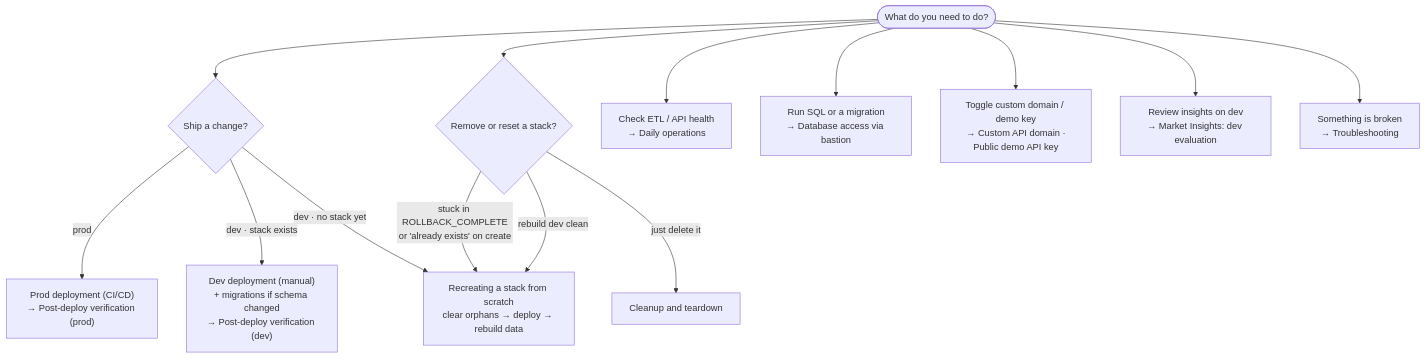
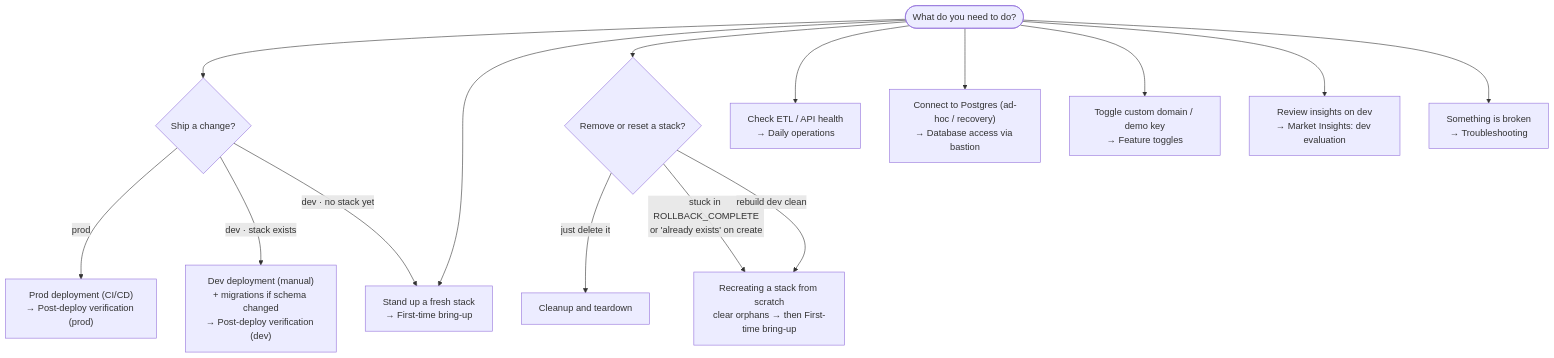
Before and after one commit to RyanYCT/bdo-market-insights: the diagram in docs/runbook.md, drawn with Mermaid. The commit also changed other lines of this file, not shown here.

````diff
--- a/docs/runbook.md
+++ b/docs/runbook.md
@@ -34,22 +36,23 @@
 ```mermaid
 flowchart TD
     q(["What do you need to do?"])
 
     q --> shipping{"Ship a change?"}
+    q --> standup["Stand up a fresh stack<br/>→ First-time bring-up"]
     q --> reset{"Remove or reset a stack?"}
     q --> monitor["Check ETL / API health<br/>→ Daily operations"]
-    q --> dbwork["Run SQL or a migration<br/>→ Database access via bastion"]
-    q --> feature["Toggle custom domain / demo key<br/>→ Custom API domain ·<br/>Public demo API key"]
+    q --> dbwork["Connect to Postgres (ad-hoc / recovery)<br/>→ Database access via bastion"]
+    q --> feature["Toggle custom domain / demo key<br/>→ Feature toggles"]
     q --> reviewi["Review insights on dev<br/>→ Market Insights: dev evaluation"]
     q --> broken["Something is broken<br/>→ Troubleshooting"]
 
     shipping -->|"prod"| pr["Prod deployment (CI/CD)<br/>→ Post-deploy verification (prod)"]
     shipping -->|"dev · stack exists"| dv["Dev deployment (manual)<br/>+ migrations if schema changed<br/>→ Post-deploy verification (dev)"]
-    shipping -->|"dev · no stack yet"| rc
+    shipping -->|"dev · no stack yet"| standup
 
     reset -->|"just delete it"| cl["Cleanup and teardown"]
     reset -->|"stuck in ROLLBACK_COMPLETE<br/>or 'already exists' on create"| rc
     reset -->|"rebuild dev clean"| rc
 
-    rc["Recreating a stack from scratch<br/>clear orphans → deploy → rebuild data"]
+    rc["Recreating a stack from scratch<br/>clear orphans → then First-time bring-up"]
 ```
````
